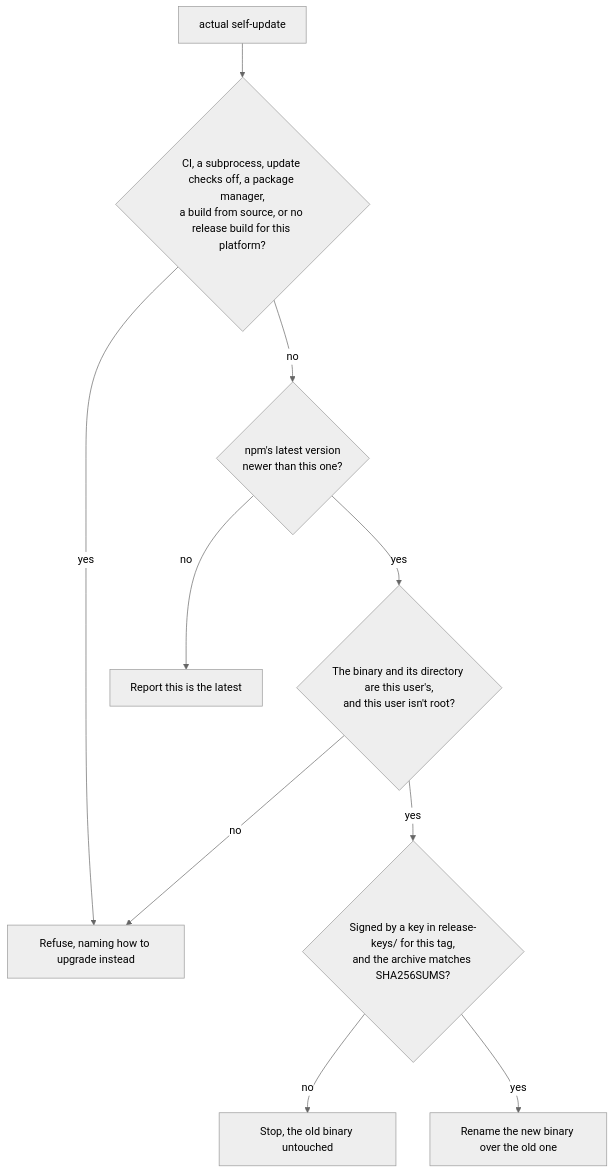
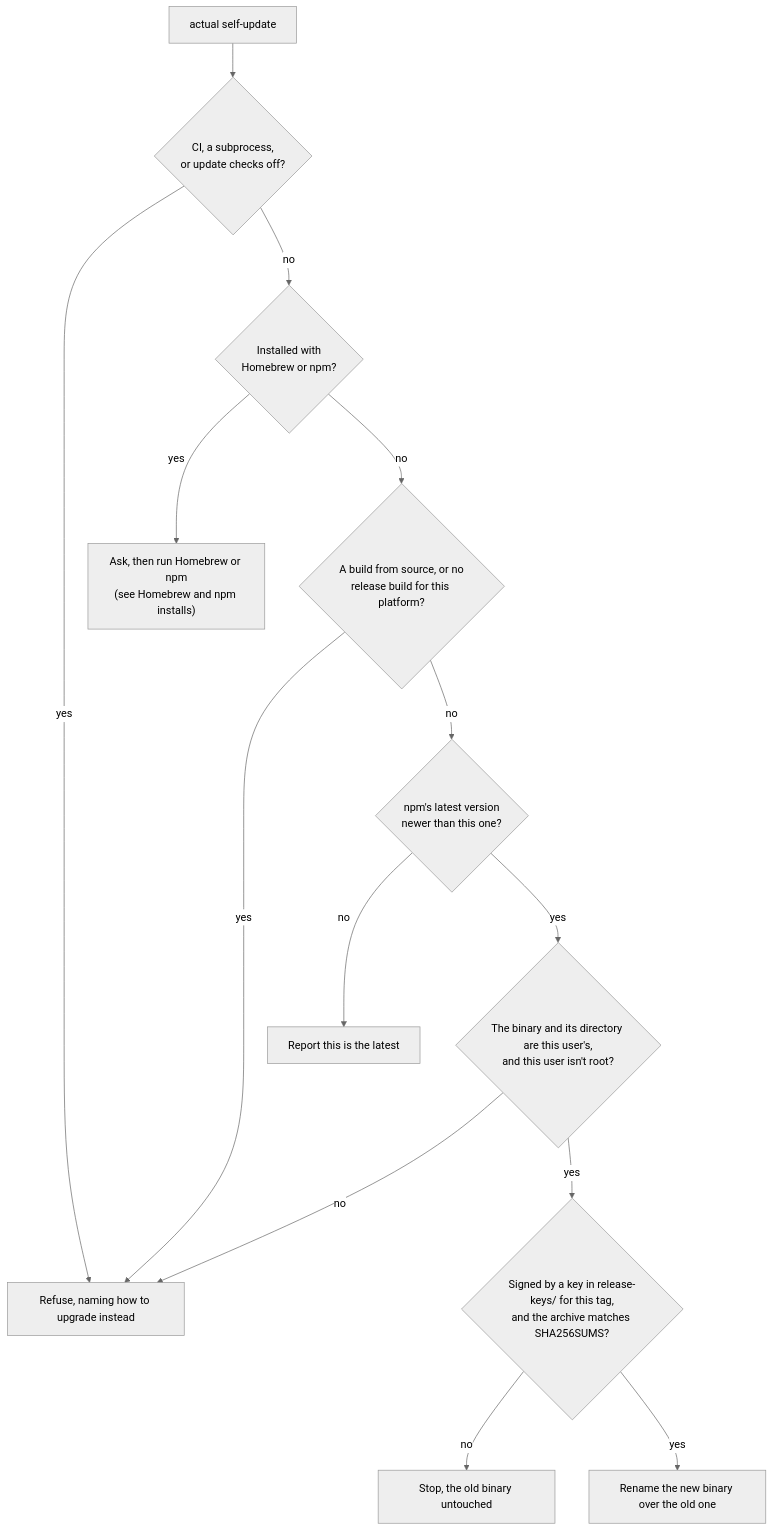
Before and after one commit to actual-software/actual-cli: the diagram in docs/SELF_UPDATE.md, drawn with Mermaid (neutral theme). The commit also changed other lines of this file and 14 other files, not shown here.

First line of the commit message:
feat(self-update): run Homebrew or npm upgrades at a terminal

````diff
--- a/docs/SELF_UPDATE.md
+++ b/docs/SELF_UPDATE.md
@@ -23,12 +48,16 @@
 ```mermaid
 flowchart TD
-    A["actual self-update"] --> B{"CI, a subprocess, update checks off, a package manager,<br/>a build from source, or no release build for this platform?"}
+    A["actual self-update"] --> B{"CI, a subprocess,<br/>or update checks off?"}
     B -- yes --> R["Refuse, naming how to upgrade instead"]
-    B -- no --> C{"npm's latest version<br/>newer than this one?"}
+    B -- no --> H{"Installed with<br/>Homebrew or npm?"}
+    H -- yes --> P["Ask, then run Homebrew or npm<br/>(see Homebrew and npm installs)"]
+    H -- no --> S{"A build from source, or no<br/>release build for this platform?"}
+    S -- yes --> R
+    S -- no --> C{"npm's latest version<br/>newer than this one?"}
     C -- no --> U["Report this is the latest"]
     C -- yes --> D{"The binary and its directory are this user's,<br/>and this user isn't root?"}
     D -- no --> R
     D -- yes --> E{"Signed by a key in release-keys/ for this tag,<br/>and the archive matches SHA256SUMS?"}
     E -- no --> X["Stop, the old binary untouched"]
     E -- yes --> F["Rename the new binary over the old one"]
 ```
````
